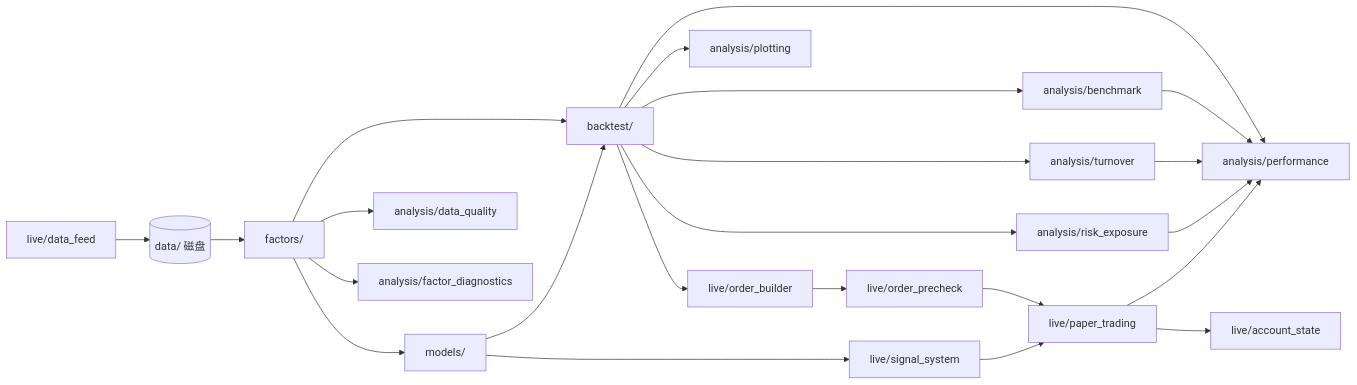
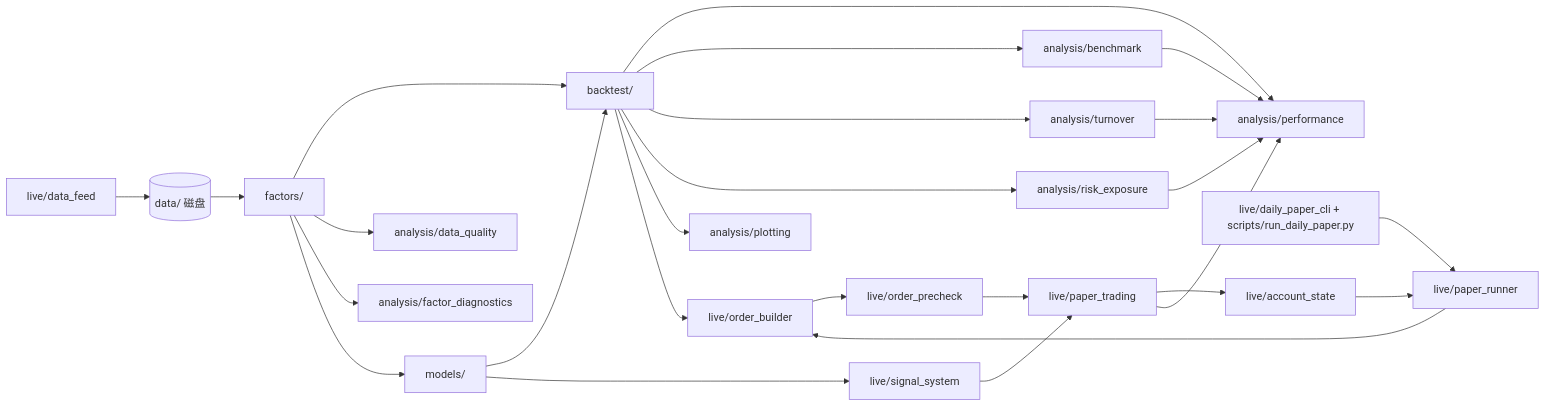
Before and after one commit to Mikowong0821/quant_strategy: the diagram in docs/CODE_STRUCTURE.md, drawn with Mermaid. The commit also changed other lines of this file and 11 other files, not shown here.

Commit message:
Add daily paper trading workflow

````diff
--- a/docs/CODE_STRUCTURE.md
+++ b/docs/CODE_STRUCTURE.md
@@ -18,43 +18,48 @@
 ```mermaid
 flowchart LR
   data[(data/ 磁盘)]
   feed[live/data_feed]
   fac[factors/]
   bt[backtest/]
   opt[models/]
   sig[live/signal_system]
   order[live/order_builder]
   precheck[live/order_precheck]
   paper[live/paper_trading]
   state[live/account_state]
+  runner[live/paper_runner]
+  cli[live/daily_paper_cli + scripts/run_daily_paper.py]
   perf[analysis/performance]
   dq[analysis/data_quality]
   diag[analysis/factor_diagnostics]
   bench[analysis/benchmark]
   turn[analysis/turnover]
   risk[analysis/risk_exposure]
   plot[analysis/plotting]
 
   data --> fac
   feed --> data
   fac --> bt
   fac --> dq
   fac --> diag
   opt --> bt
   bt --> perf
   bt --> bench
   bt --> turn
   bt --> risk
   bench --> perf
   turn --> perf
   risk --> perf
   bt --> plot
   bt --> order
   order --> precheck
   fac --> opt
   opt --> sig
   precheck --> paper
   paper --> state
+  state --> runner
+  runner --> order
+  cli --> runner
   sig --> paper
   paper --> perf
 ```
````
